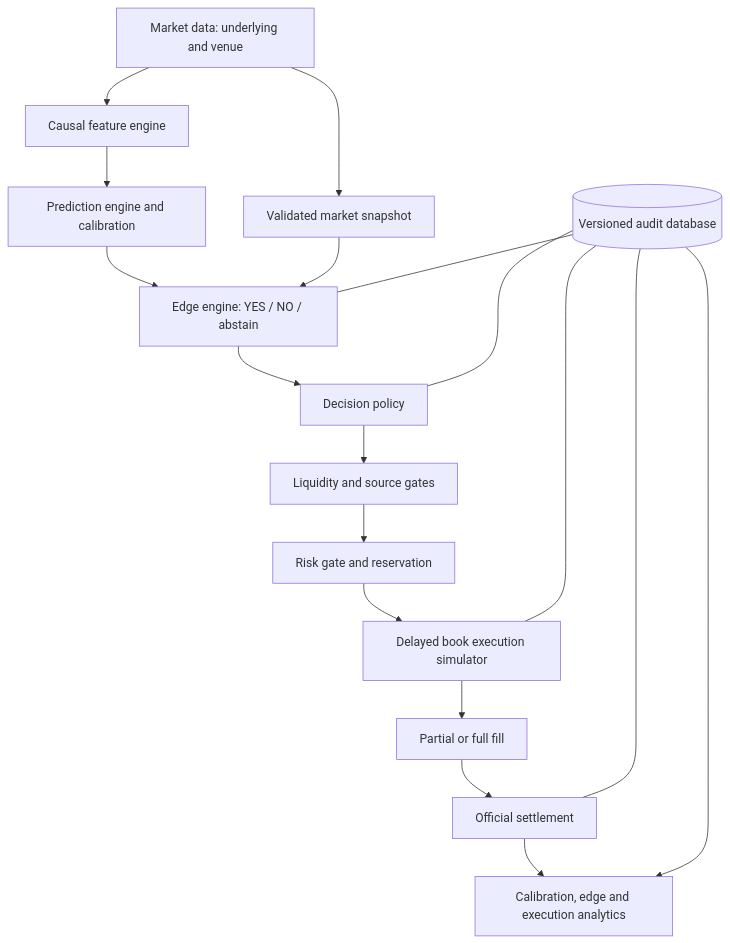
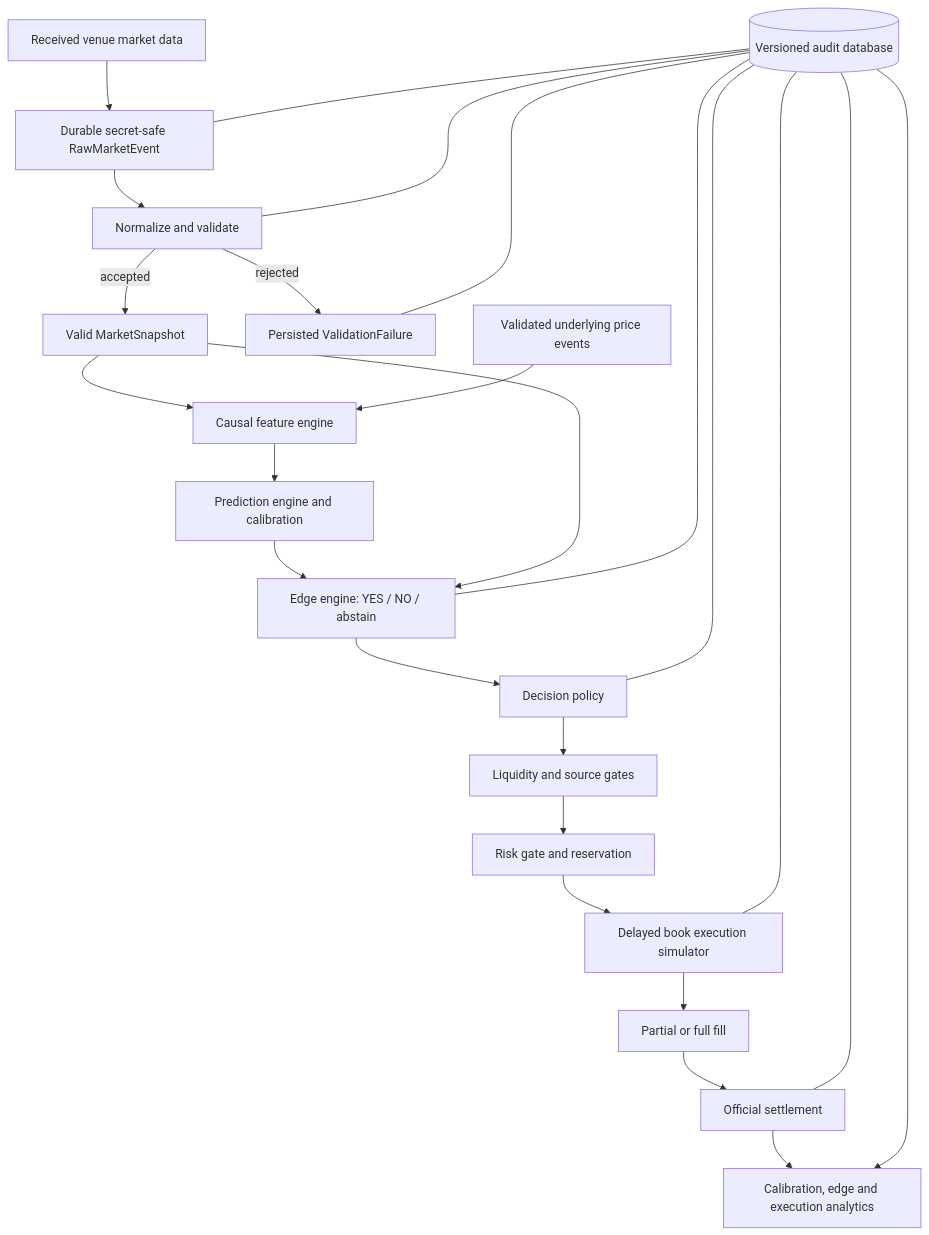
Before and after one commit to sadand15/btc-5m-research-assistant: the diagram in docs/architecture/V3_ARCHITECTURE.md, drawn with Mermaid. The commit also changed other lines of this file and 5 other files, not shown here.

````diff
--- a/docs/architecture/V3_ARCHITECTURE.md
+++ b/docs/architecture/V3_ARCHITECTURE.md
@@ -7,20 +7,27 @@
 ```mermaid
 flowchart TD
-    Data[Market data: underlying and venue] --> Features[Causal feature engine]
+    Data[Received venue market data] --> Raw[Durable secret-safe RawMarketEvent]
+    Raw --> Validation[Normalize and validate]
+    Validation -->|accepted| Market[Valid MarketSnapshot]
+    Validation -->|rejected| Failure[Persisted ValidationFailure]
+    Market --> Features[Causal feature engine]
+    Underlying[Validated underlying price events] --> Features
     Features --> Prediction[Prediction engine and calibration]
-    Data --> Market[Validated market snapshot]
     Prediction --> Edge[Edge engine: YES / NO / abstain]
     Market --> Edge
     Edge --> Decision[Decision policy]
     Decision --> Liquidity[Liquidity and source gates]
     Liquidity --> Risk[Risk gate and reservation]
     Risk --> Execution[Delayed book execution simulator]
     Execution --> Fill[Partial or full fill]
     Fill --> Settlement[Official settlement]
     Settlement --> Analytics[Calibration, edge and execution analytics]
     Store[(Versioned audit database)] --- Edge
+    Store --- Raw
+    Store --- Validation
+    Store --- Failure
     Store --- Decision
     Store --- Execution
     Store --- Settlement
     Store --> Analytics
 ```
````
